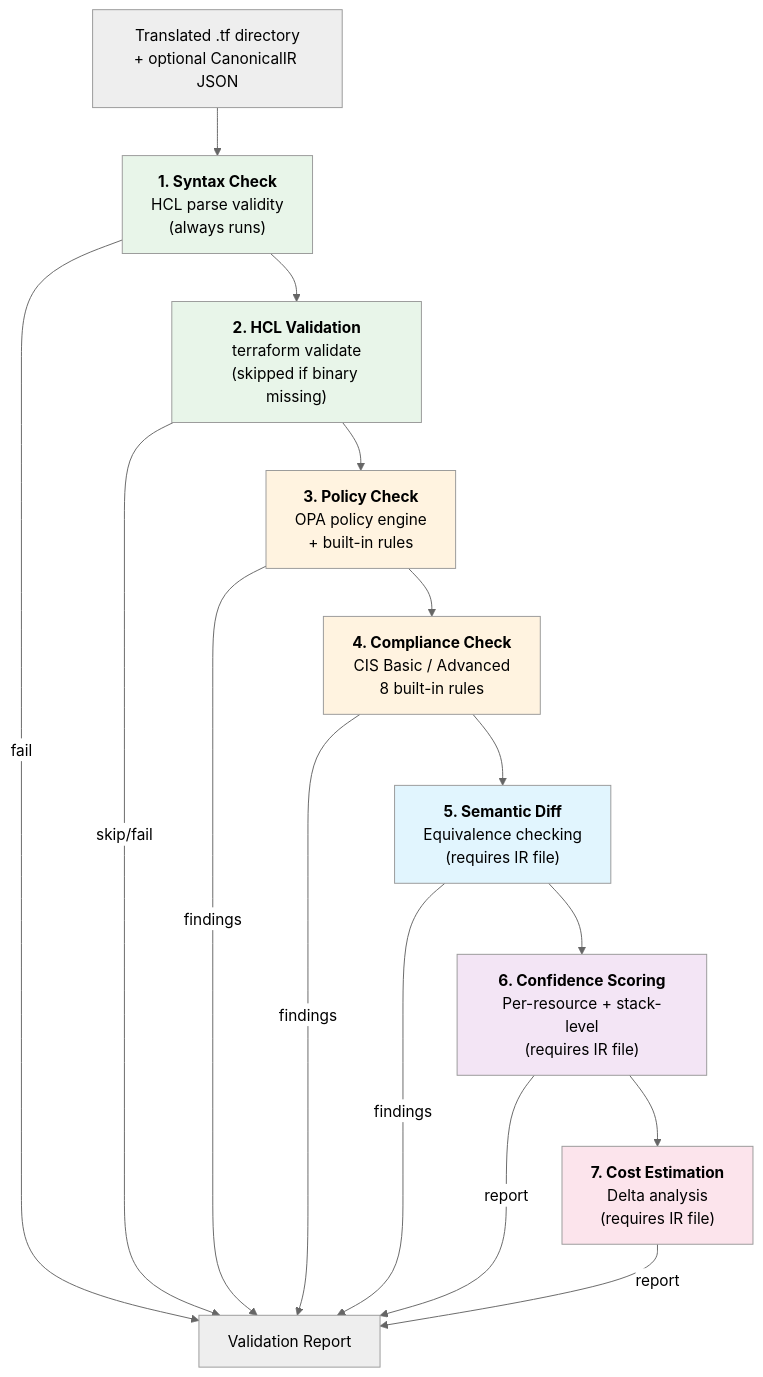
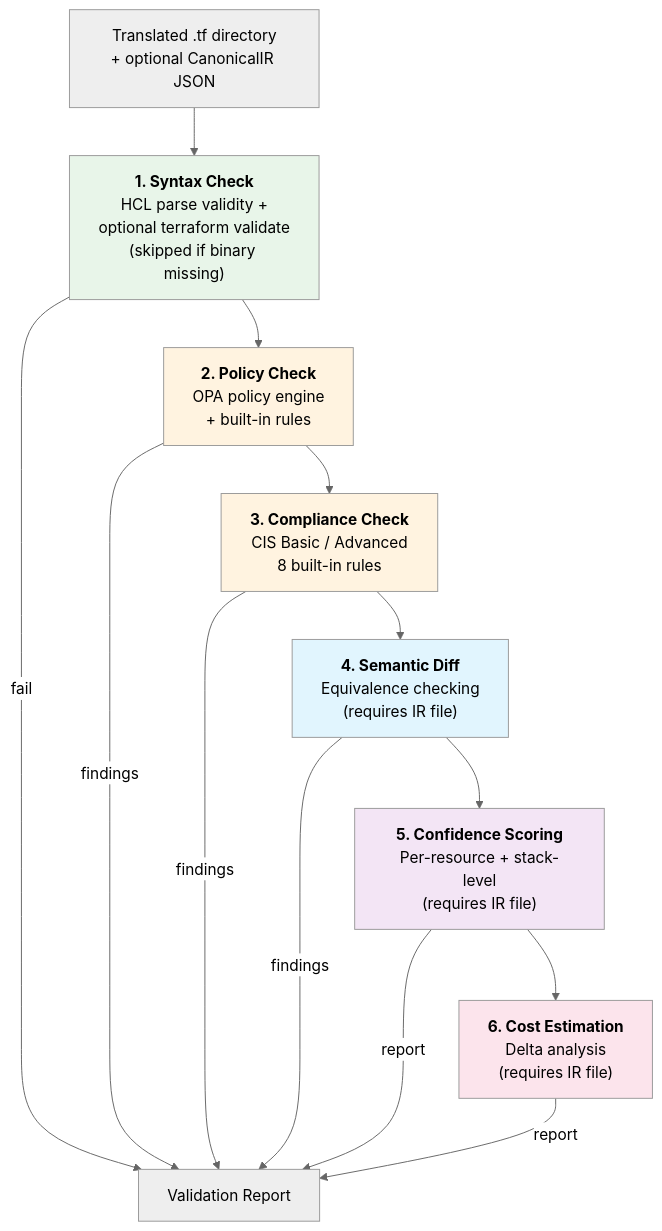
The ninth of 14 diagrams in docs/ARCHITECTURE.md (ste-bah/tla-translation-platform), drawn with Mermaid before and after one commit. The commit also changed other lines of this file and 48 other files, not shown here.

````diff
--- a/docs/ARCHITECTURE.md
+++ b/docs/ARCHITECTURE.md
@@ -411,29 +424,26 @@
 ```mermaid
 %%{init: {"theme": "neutral"}}%%
 flowchart TD
     Input["Translated .tf directory<br/>+ optional CanonicalIR JSON"]
 
-    Input --> Syntax["<b>1. Syntax Check</b><br/>HCL parse validity<br/>(always runs)"]
-    Syntax --> HCL["<b>2. HCL Validation</b><br/>terraform validate<br/>(skipped if binary missing)"]
-    HCL --> Policy["<b>3. Policy Check</b><br/>OPA policy engine<br/>+ built-in rules"]
-    Policy --> Compliance["<b>4. Compliance Check</b><br/>CIS Basic / Advanced<br/>8 built-in rules"]
-    Compliance --> Semantic["<b>5. Semantic Diff</b><br/>Equivalence checking<br/>(requires IR file)"]
-    Semantic --> Confidence["<b>6. Confidence Scoring</b><br/>Per-resource + stack-level<br/>(requires IR file)"]
-    Confidence --> Cost["<b>7. Cost Estimation</b><br/>Delta analysis<br/>(requires IR file)"]
+    Input --> Syntax["<b>1. Syntax Check</b><br/>HCL parse validity +<br/>optional terraform validate<br/>(skipped if binary missing)"]
+    Syntax --> Policy["<b>2. Policy Check</b><br/>OPA policy engine<br/>+ built-in rules"]
+    Policy --> Compliance["<b>3. Compliance Check</b><br/>CIS Basic / Advanced<br/>8 built-in rules"]
+    Compliance --> Semantic["<b>4. Semantic Diff</b><br/>Equivalence checking<br/>(requires IR file)"]
+    Semantic --> Confidence["<b>5. Confidence Scoring</b><br/>Per-resource + stack-level<br/>(requires IR file)"]
+    Confidence --> Cost["<b>6. Cost Estimation</b><br/>Delta analysis<br/>(requires IR file)"]
 
     Syntax -->|"fail"| Report["Validation Report"]
-    HCL -->|"skip/fail"| Report
     Policy -->|"findings"| Report
     Compliance -->|"findings"| Report
     Semantic -->|"findings"| Report
     Confidence -->|"report"| Report
     Cost -->|"report"| Report
 
     style Syntax fill:#e8f5e9
-    style HCL fill:#e8f5e9
     style Policy fill:#fff3e0
     style Compliance fill:#fff3e0
     style Semantic fill:#e1f5fe
     style Confidence fill:#f3e5f5
     style Cost fill:#fce4ec
 ```
````
